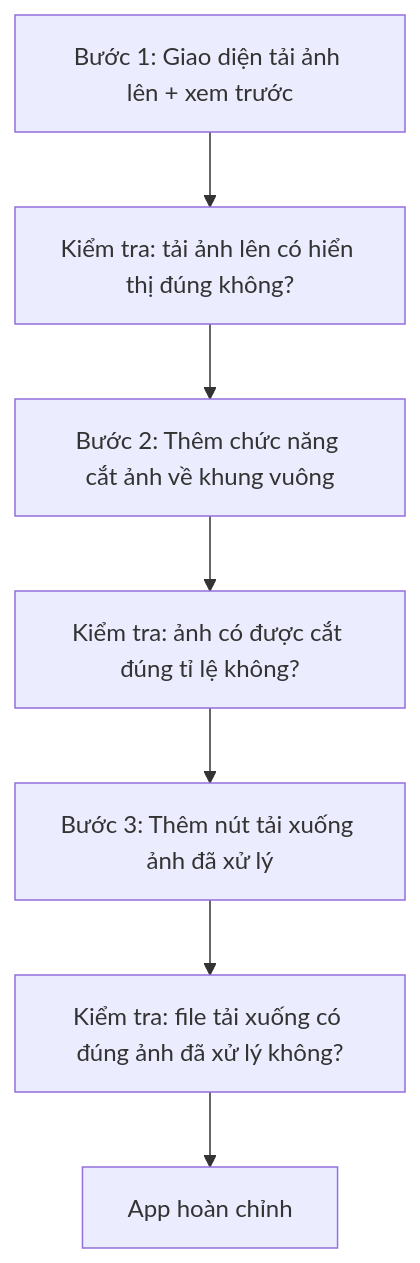
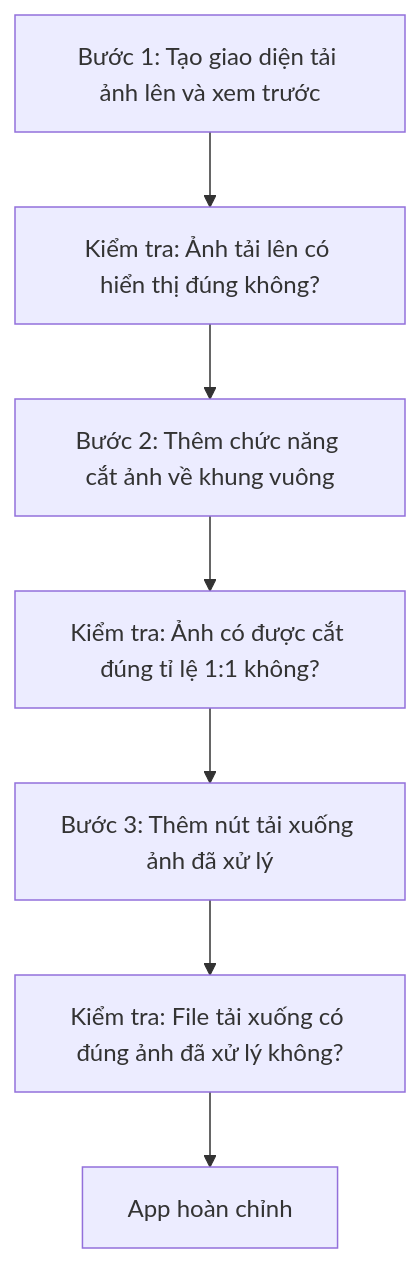
One commit to AlanKhan145/course-knowledge-base changed the diagram in khoa-hoc-vibe-coding-co-ban/Module 04 - Ky Nang Prompting Vibe Code/11-toi-uu-hinh-anh-san-pham-thuong-mai.md. Above: the diagram before and after it, drawn with Mermaid. The commit also changed other lines of this file and 19 other files, not shown here.

````diff
--- a/khoa-hoc-vibe-coding-co-ban/Module 04 - Ky Nang Prompting Vibe Code/11-toi-uu-hinh-anh-san-pham-thuong-mai.md
+++ b/khoa-hoc-vibe-coding-co-ban/Module 04 - Ky Nang Prompting Vibe Code/11-toi-uu-hinh-anh-san-pham-thuong-mai.md
@@ -58,9 +79,9 @@
 ```mermaid
 flowchart TD
-    A["Bước 1: Giao diện tải ảnh lên + xem trước"] --> B["Kiểm tra: tải ảnh lên có hiển thị đúng không?"]
+    A["Bước 1: Tạo giao diện tải ảnh lên và xem trước"] --> B["Kiểm tra: Ảnh tải lên có hiển thị đúng không?"]
     B --> C["Bước 2: Thêm chức năng cắt ảnh về khung vuông"]
-    C --> D["Kiểm tra: ảnh có được cắt đúng tỉ lệ không?"]
+    C --> D["Kiểm tra: Ảnh có được cắt đúng tỉ lệ 1:1 không?"]
     D --> E["Bước 3: Thêm nút tải xuống ảnh đã xử lý"]
-    E --> F["Kiểm tra: file tải xuống có đúng ảnh đã xử lý không?"]
+    E --> F["Kiểm tra: File tải xuống có đúng ảnh đã xử lý không?"]
     F --> G["App hoàn chỉnh"]
 ```
````
